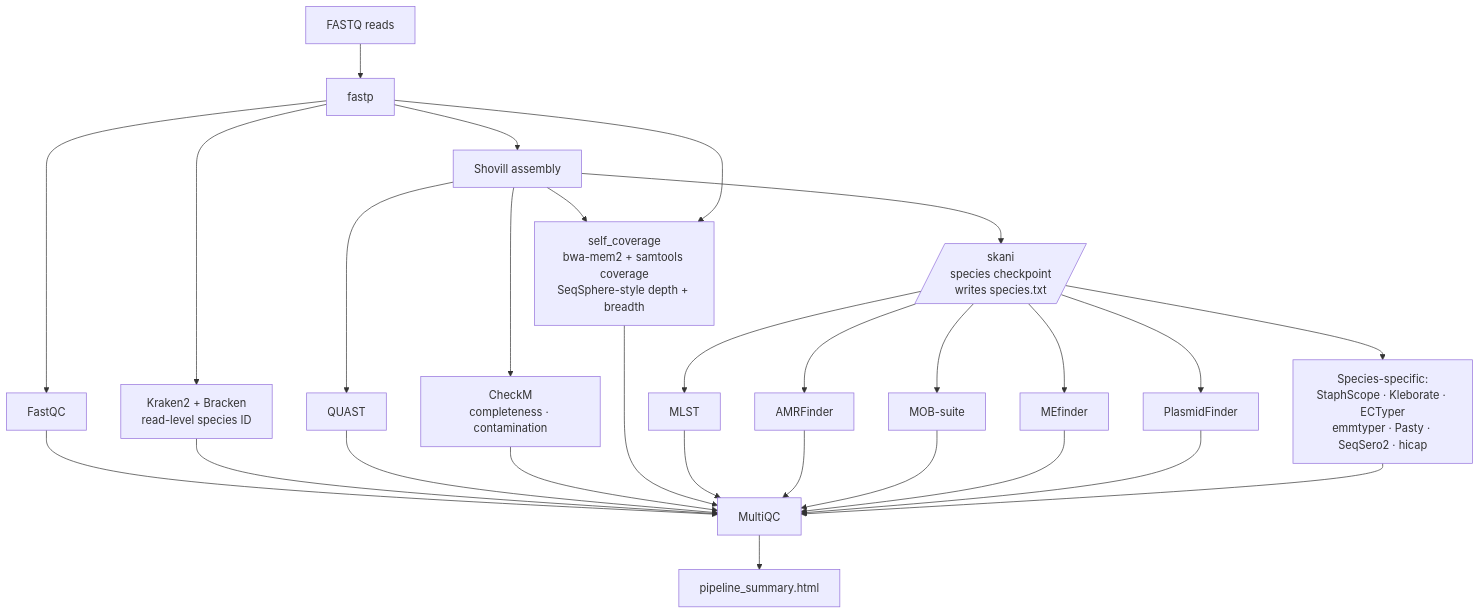
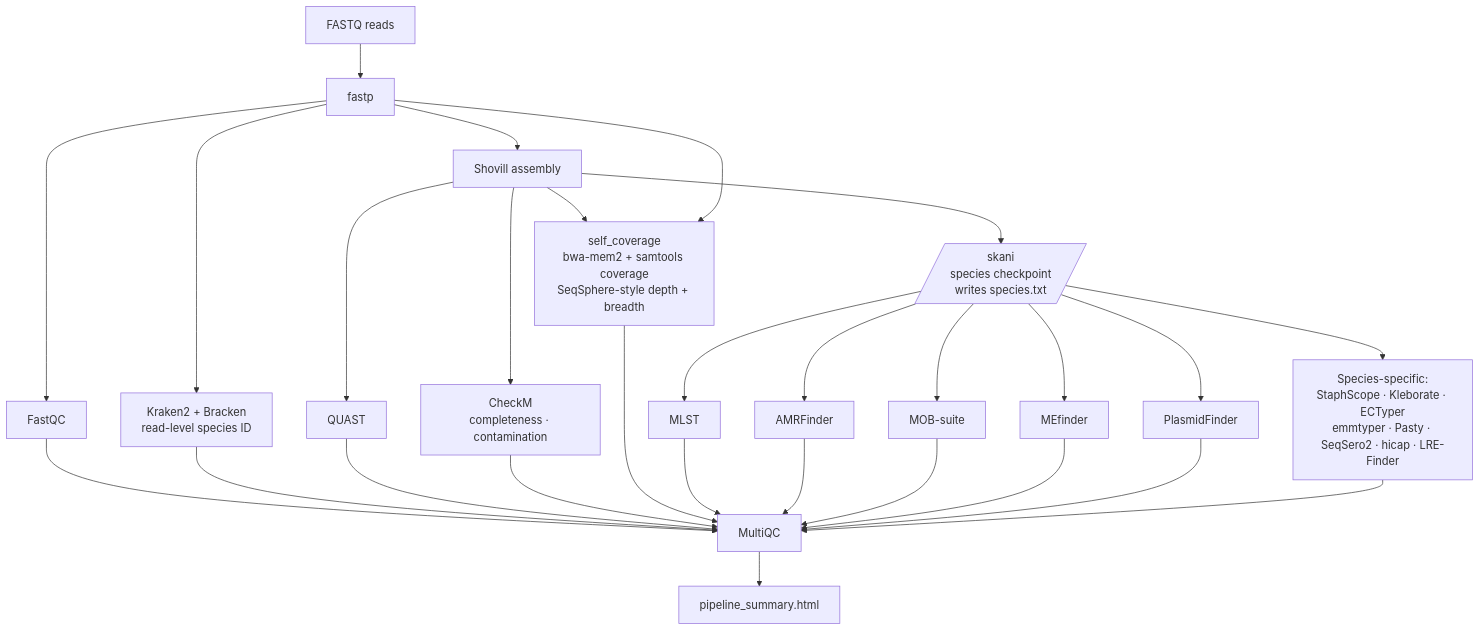
Before and after one commit to OddAlexander/Genomics-Workflow: the first of 4 diagrams in README.md, drawn with Mermaid. The commit also changed other lines of this file and 6 other files, not shown here.

````diff
--- a/README.md
+++ b/README.md
@@ -325,20 +332,20 @@
 ```mermaid
 flowchart TD
     raw[FASTQ reads] --> fastp
     fastp --> fastqc[FastQC]
     fastp --> kraken[Kraken2 + Bracken<br/>read-level species ID]
     fastp --> shovill[Shovill assembly]
     shovill --> quast[QUAST]
     shovill --> checkm[CheckM<br/>completeness · contamination]
     shovill --> selfcov[self_coverage<br/>bwa-mem2 + samtools coverage<br/>SeqSphere-style depth + breadth]
     fastp --> selfcov
     shovill --> skani[/skani<br/>species checkpoint<br/>writes species.txt/]
     skani --> mlst[MLST]
     skani --> amr[AMRFinder]
     skani --> mob[MOB-suite]
     skani --> me[MEfinder]
     skani --> plf[PlasmidFinder]
-    skani --> sp[Species-specific:<br/>StaphScope · Kleborate · ECTyper<br/>emmtyper · Pasty · SeqSero2 · hicap]
+    skani --> sp[Species-specific:<br/>StaphScope · Kleborate · ECTyper<br/>emmtyper · Pasty · SeqSero2 · hicap · LRE-Finder]
     fastqc & kraken & quast & checkm & selfcov & mlst & amr & mob & me & plf & sp --> multiqc[MultiQC]
     multiqc --> report[pipeline_summary.html]
 ```
````
